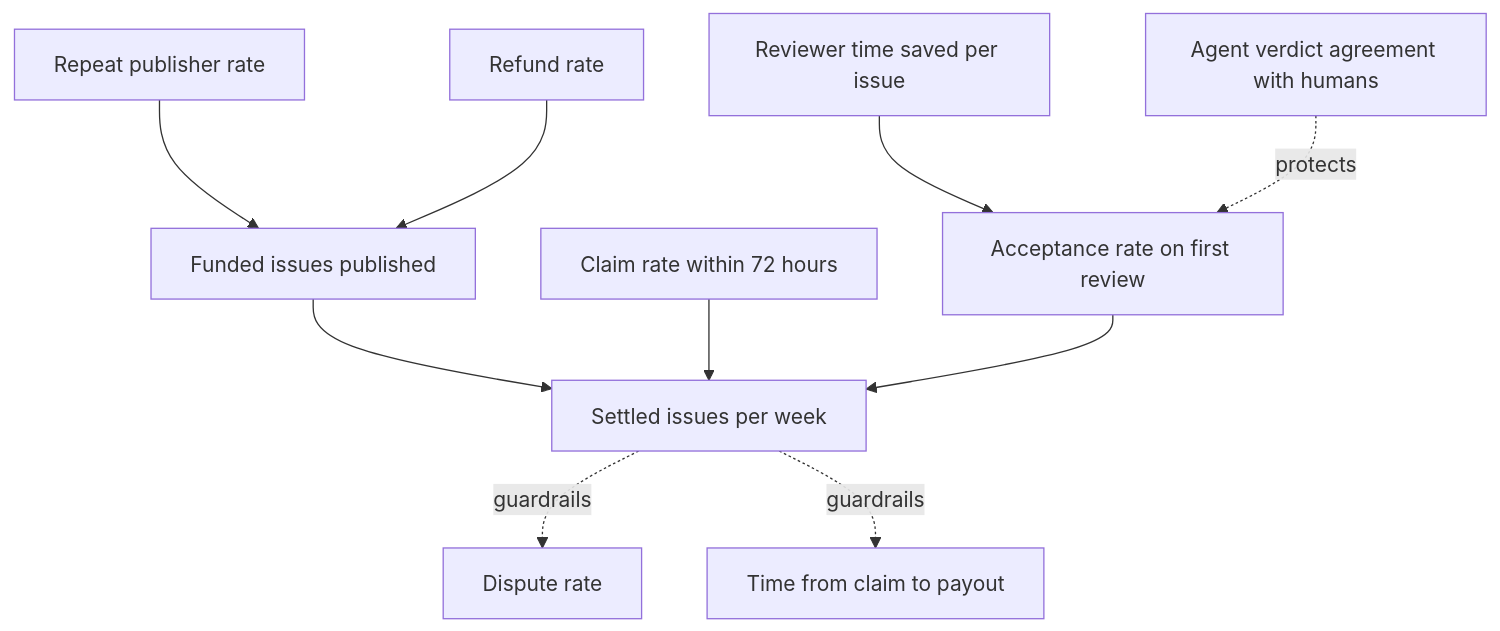
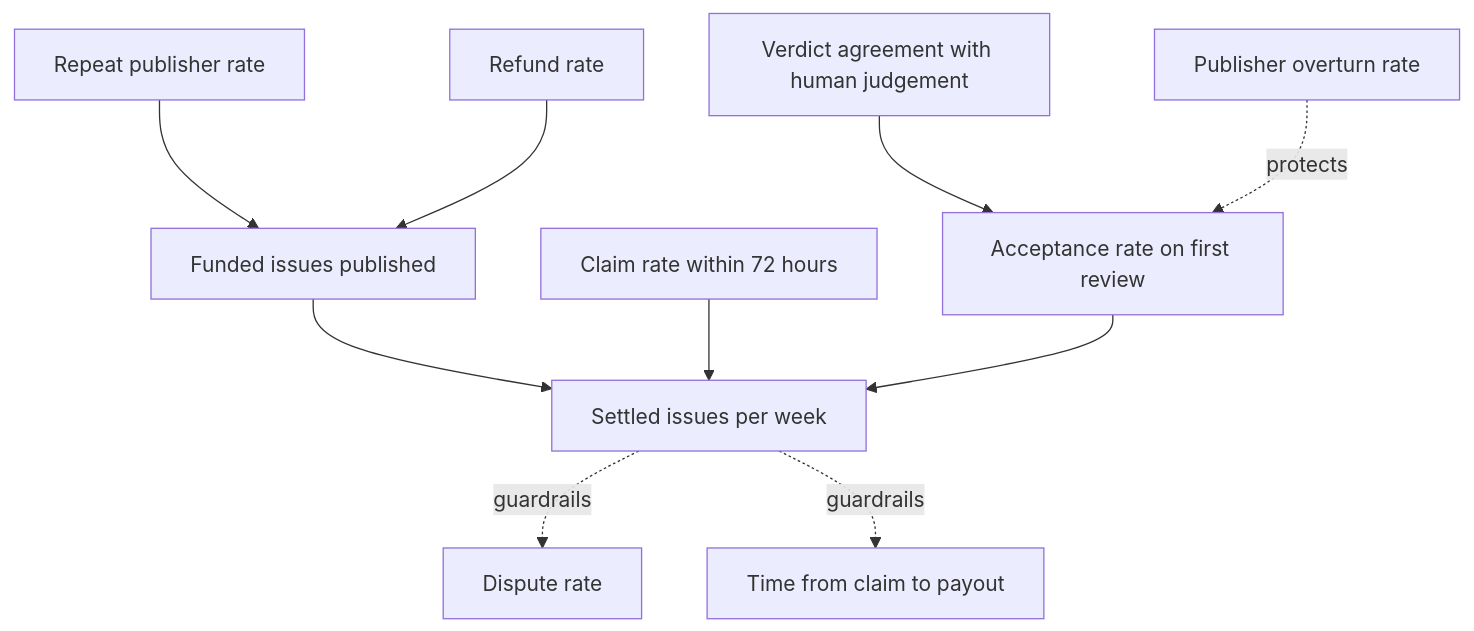
Before and after one commit to vanduc2514/hackathon-circle-misthos: the first of 2 diagrams in docs/misthos/09-metrics-and-success.md, drawn with Mermaid. The commit also changed other lines of this file and 27 other files, not shown here.

````diff
--- a/docs/misthos/09-metrics-and-success.md
+++ b/docs/misthos/09-metrics-and-success.md
@@ -40,23 +40,23 @@
 ```mermaid
 flowchart TB
     NSM["Settled issues per week"]
     I1["Funded issues published"]
     I2["Claim rate within 72 hours"]
     I3["Acceptance rate on first review"]
-    I4["Reviewer time saved per issue"]
+    I4["Verdict agreement with human judgement"]
     I5["Repeat publisher rate"]
     H1["Dispute rate"]
     H2["Time from claim to payout"]
-    H3["Agent verdict agreement with humans"]
+    H3["Publisher overturn rate"]
     H4["Refund rate"]
 
     I1 --> NSM
     I2 --> NSM
     I3 --> NSM
     I4 --> I3
     I5 --> I1
     NSM -.->|"guardrails"| H1
     NSM -.->|"guardrails"| H2
     H3 -.->|"protects"| I3
     H4 --> I1
 ```
````
